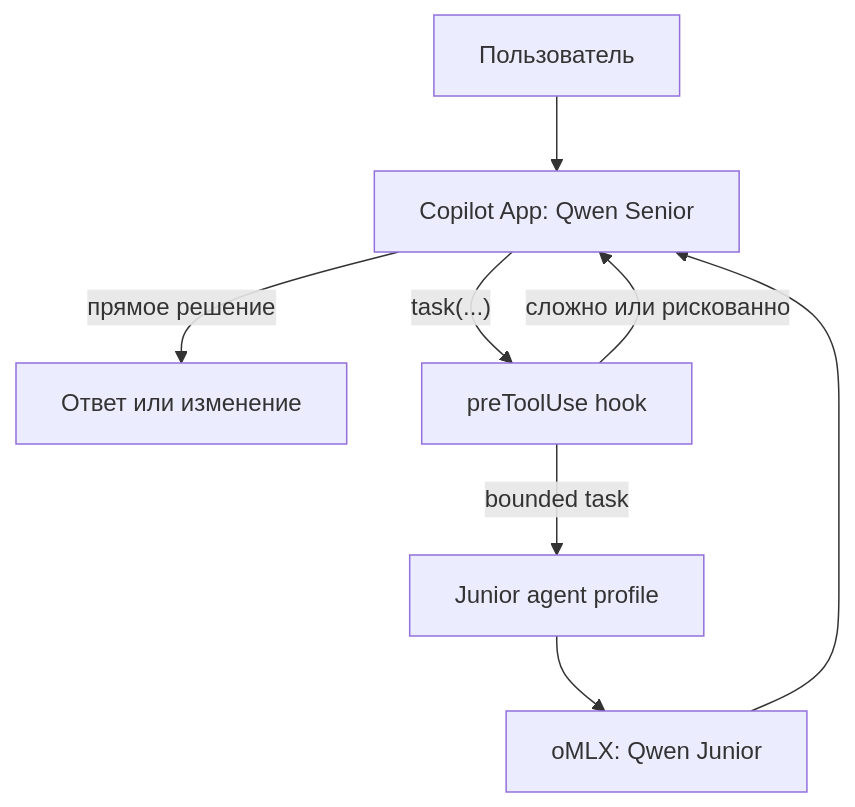
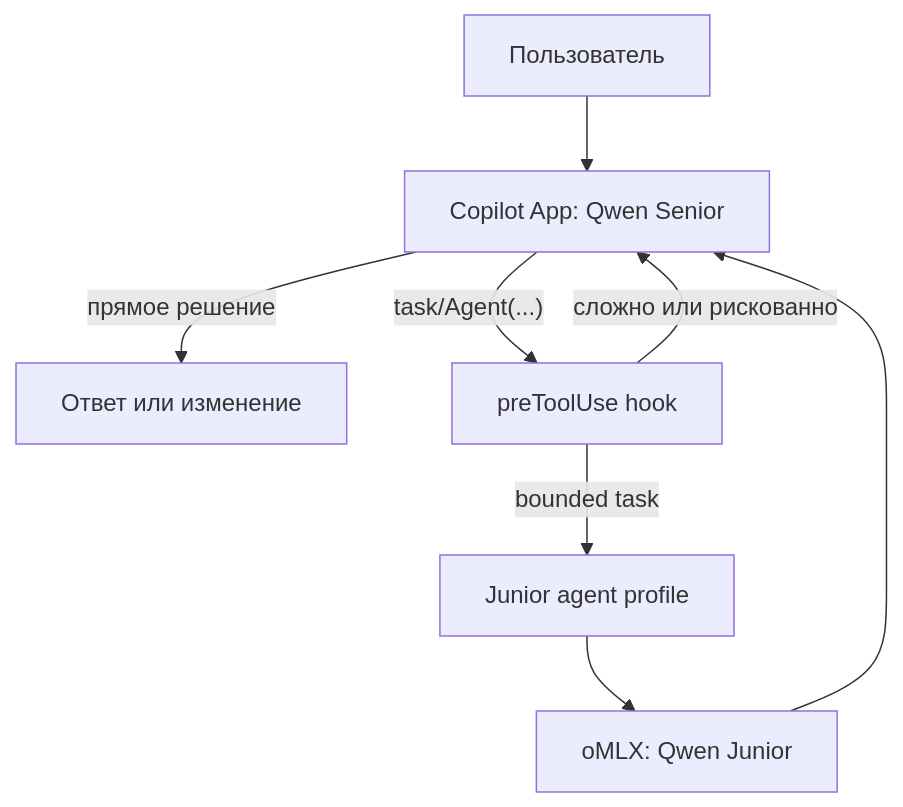
One commit to Aleksawka/local-model-router-plugin changed the diagram in ARCHITECTURE.md. Above: the diagram before and after it, drawn with Mermaid. The commit also changed other lines of this file and 18 other files, not shown here.

````diff
--- a/ARCHITECTURE.md
+++ b/ARCHITECTURE.md
@@ -3,10 +3,10 @@
 ```mermaid
 flowchart TD
     U["Пользователь"] --> S["Copilot App: Qwen Senior"]
     S -->|"прямое решение"| R["Ответ или изменение"]
-    S -->|"task(...)"| H["preToolUse hook"]
+    S -->|"task/Agent(...)"| H["preToolUse hook"]
     H -->|"сложно или рискованно"| S
     H -->|"bounded task"| J["Junior agent profile"]
     J --> O["oMLX: Qwen Junior"]
     O --> S
 ```
````
